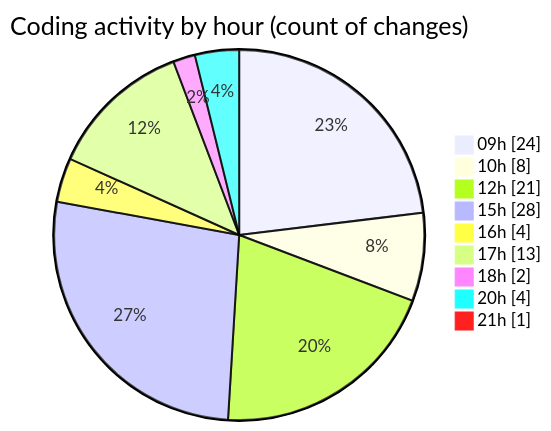
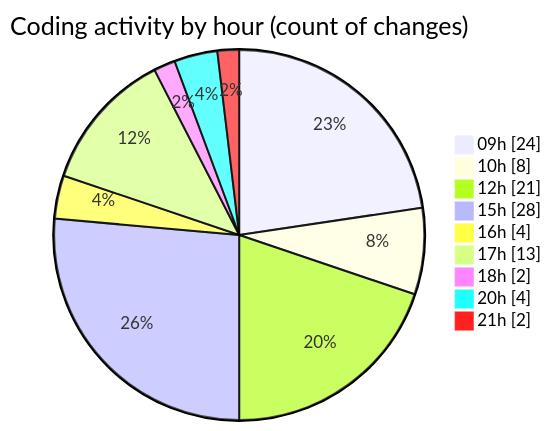
The second of 2 diagrams in 2025-08-18/rentotp/README.md (lephambinh05/code-tracking), drawn with Mermaid before and after one commit. The commit also changed other lines of this file and 1 other file, not shown here.

````diff
--- a/2025-08-18/rentotp/README.md
+++ b/2025-08-18/rentotp/README.md
@@ -63,13 +63,13 @@
 ```mermaid
 pie showData
 title Coding activity by hour (count of changes)
 "09h" : 24
 "10h" : 8
 "12h" : 21
 "15h" : 28
 "16h" : 4
 "17h" : 13
 "18h" : 2
 "20h" : 4
-"21h" : 1
+"21h" : 2
 ```
````
